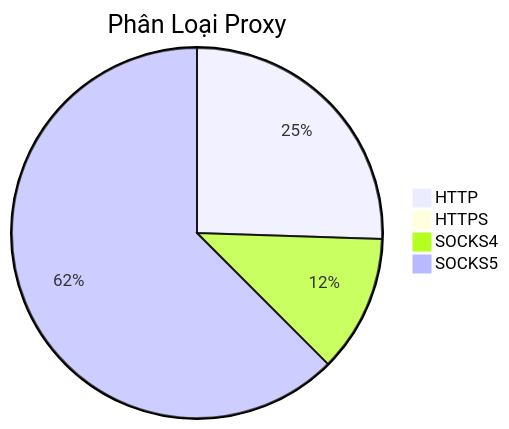
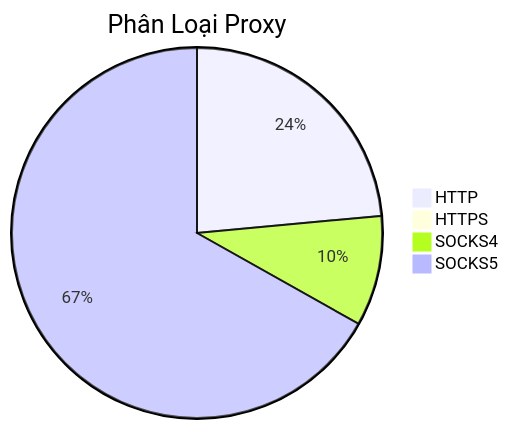
One commit to Ciara-Aa/PROXY-free changed the diagram in README.md. Above: the diagram before and after it, drawn with Mermaid. The commit also changed other lines of this file and 4 other files, not shown here.

````diff
--- a/README.md
+++ b/README.md
@@ -26,7 +26,7 @@
 ```mermaid
 pie title Phân Loại Proxy
-    "HTTP" : 617
+    "HTTP" : 782
     "HTTPS" : 2
-    "SOCKS4" : 290
-    "SOCKS5" : 1511
+    "SOCKS4" : 320
+    "SOCKS5" : 2222
 ```
````
